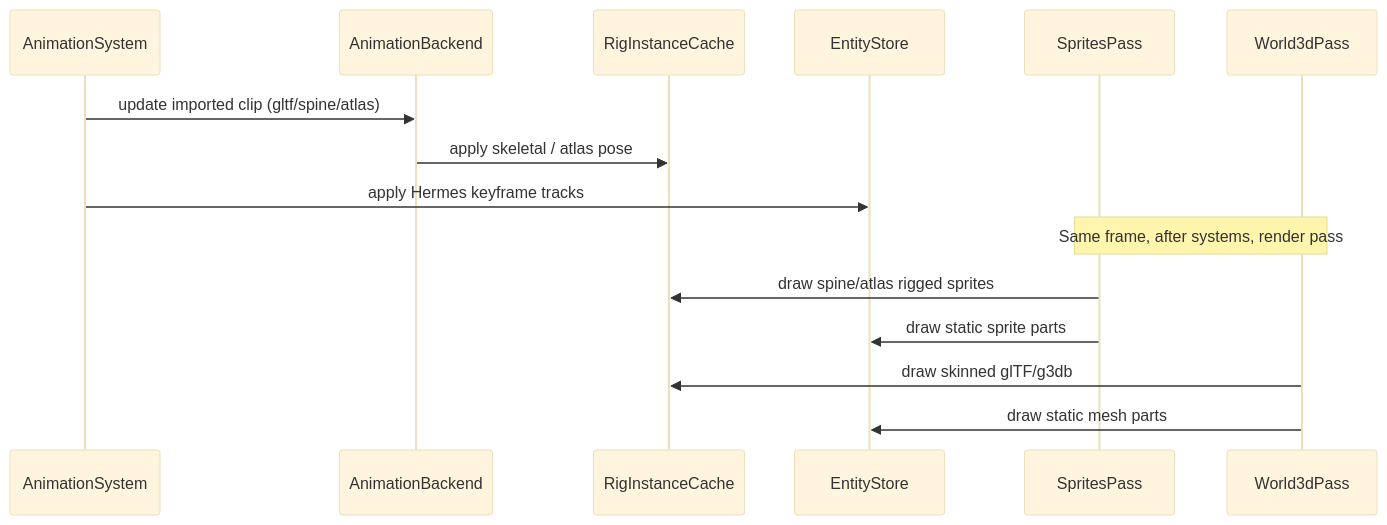
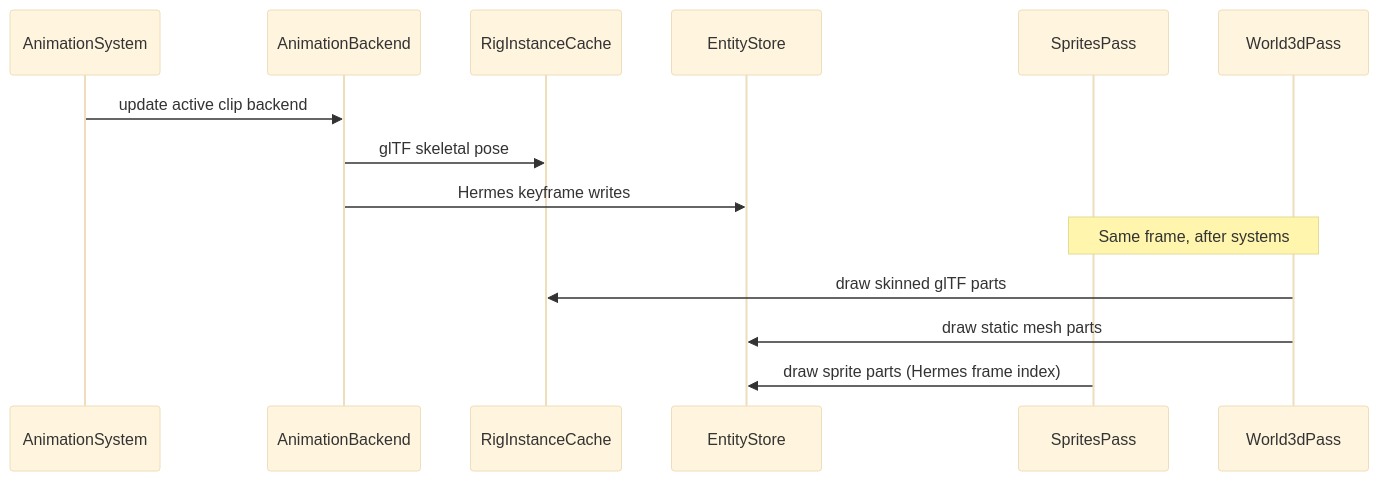
Before and after one commit to attiasas/hermes: the second of 2 diagrams in docs/superpowers/plans/2026-05-30-animations-and-drawables.md, drawn with Mermaid (base theme). The commit also changed other lines of this file and 117 other files, not shown here.

````diff
--- a/docs/superpowers/plans/2026-05-30-animations-and-drawables.md
+++ b/docs/superpowers/plans/2026-05-30-animations-and-drawables.md
@@ -524,18 +516,17 @@
 ```mermaid
 sequenceDiagram
   participant AS as AnimationSystem
   participant AB as AnimationBackend
   participant RI as RigInstanceCache
   participant ES as EntityStore
   participant SP as SpritesPass
   participant W3 as World3dPass
 
-  AS->>AB: update imported clip (gltf/spine/atlas)
-  AB->>RI: apply skeletal / atlas pose
-  AS->>ES: apply Hermes keyframe tracks
-  Note over SP,W3: Same frame, after systems, render pass
-  SP->>RI: draw spine/atlas rigged sprites
-  SP->>ES: draw static sprite parts
-  W3->>RI: draw skinned glTF/g3db
+  AS->>AB: update active clip backend
+  AB->>RI: glTF skeletal pose
+  AB->>ES: Hermes keyframe writes
+  Note over SP,W3: Same frame, after systems
+  W3->>RI: draw skinned glTF parts
   W3->>ES: draw static mesh parts
+  SP->>ES: draw sprite parts (Hermes frame index)
 ```
````
